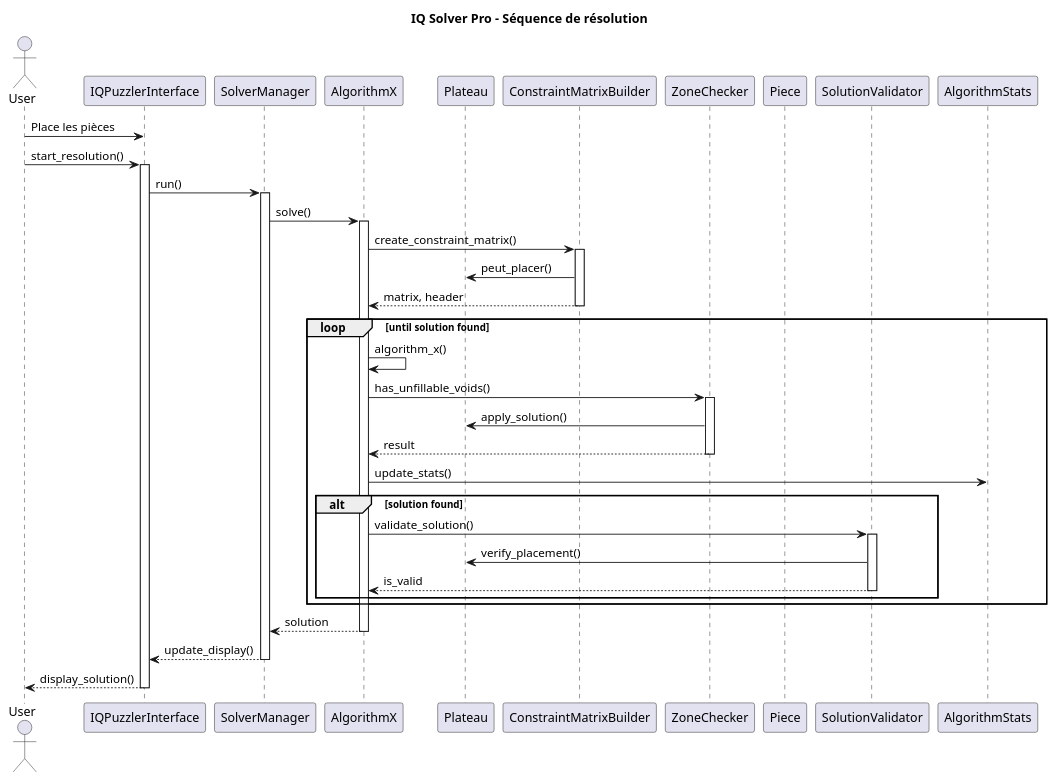
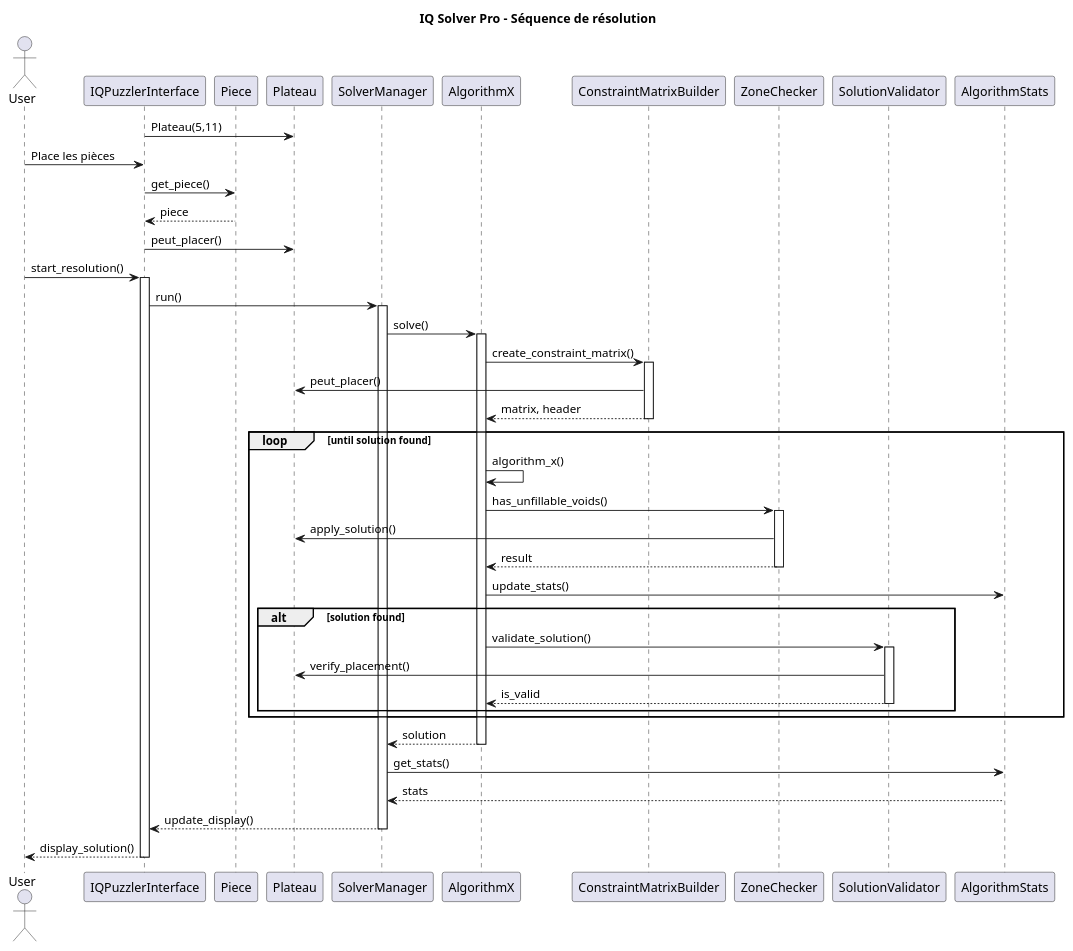
One commit to ChaelPix/iq-solver-pro-ai-resolver changed the first of 2 diagrams in uml_diagrams.md. Above: the diagram before and after it, drawn with PlantUML. The commit also changed other lines of this file and 5 other files, not shown here.

```diff
--- a/uml_diagrams.md
+++ b/uml_diagrams.md
@@ -81,59 +43,66 @@
 @startuml
 title IQ Solver Pro - Séquence de résolution
 
 actor User
 participant "IQPuzzlerInterface" as UI
+participant "Piece" as PC 
+participant "Plateau" as PL
 participant "SolverManager" as SM
 participant "AlgorithmX" as AX
-participant "Plateau" as PL
 participant "ConstraintMatrixBuilder" as CMB
 participant "ZoneChecker" as ZC
-participant "Piece" as PC 
 participant "SolutionValidator" as SV
 participant "AlgorithmStats" as AS
 
+UI->PL : Plateau(5,11)
 User -> UI: Place les pièces
+UI -> PC: get_piece()
+PC --> UI: piece
+UI -> PL: peut_placer()
+
 User -> UI: start_resolution()
 activate UI
-
     UI -> SM: run()
     activate SM
     
     SM -> AX: solve()
     activate AX
     
     AX -> CMB: create_constraint_matrix()
     activate CMB
     CMB -> PL: peut_placer()
     CMB --> AX: matrix, header
     deactivate CMB
     
     loop until solution found
         AX -> AX: algorithm_x()
         AX -> ZC: has_unfillable_voids()
         activate ZC
         ZC -> PL: apply_solution()
         ZC --> AX: result
         deactivate ZC
         
         AX -> AS: update_stats()
         
         alt solution found
             AX -> SV: validate_solution()
             activate SV
             SV -> PL: verify_placement()
             SV --> AX: is_valid
             deactivate SV
         end
     end
     
     AX --> SM: solution
     deactivate AX
     
+    SM -> AS: get_stats()
+    AS --> SM: stats
+ 
     SM --> UI: update_display()
     deactivate SM
 
 
 UI --> User: display_solution()
 deactivate UI
 @enduml
```
